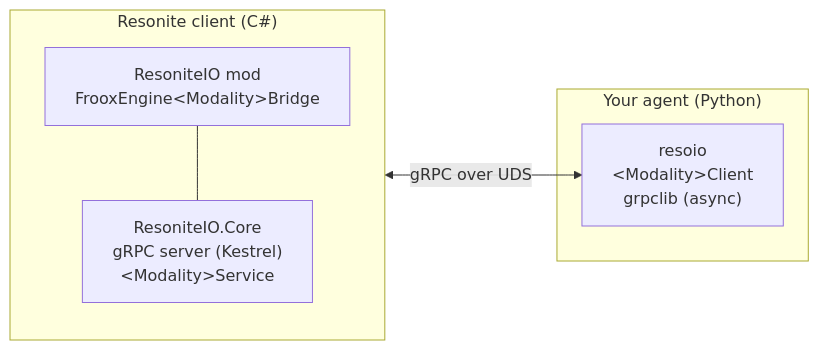
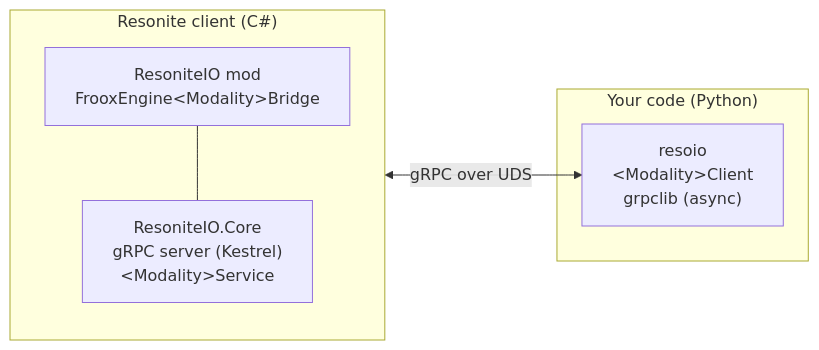
The diagram in docs/architecture/overview.md (MLShukai/ResoniteIO), drawn with Mermaid before and after one commit. The commit also changed other lines of this file and 5 other files, not shown here.

````diff
--- a/docs/architecture/overview.md
+++ b/docs/architecture/overview.md
@@ -6,13 +6,13 @@
 ```mermaid
 flowchart LR
     subgraph client["Resonite client (C#)"]
         direction TB
         bridge["ResoniteIO mod<br/>FrooxEngine&lt;Modality&gt;Bridge"]
         core["ResoniteIO.Core<br/>gRPC server (Kestrel)<br/>&lt;Modality&gt;Service"]
         bridge --- core
     end
-    subgraph agent["Your agent (Python)"]
+    subgraph pyside["Your code (Python)"]
         py["resoio<br/>&lt;Modality&gt;Client<br/>grpclib (async)"]
     end
     core <-->|"gRPC over UDS"| py
 ```
````
